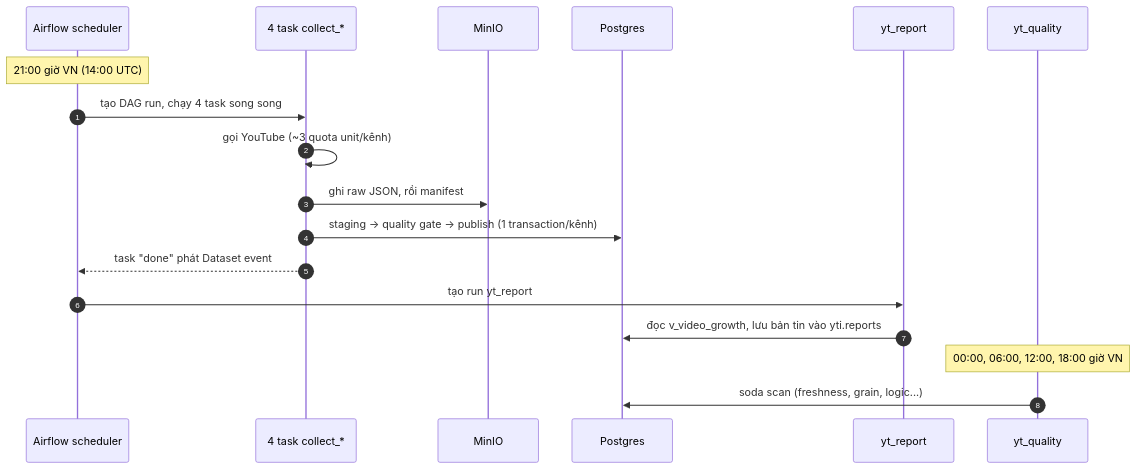
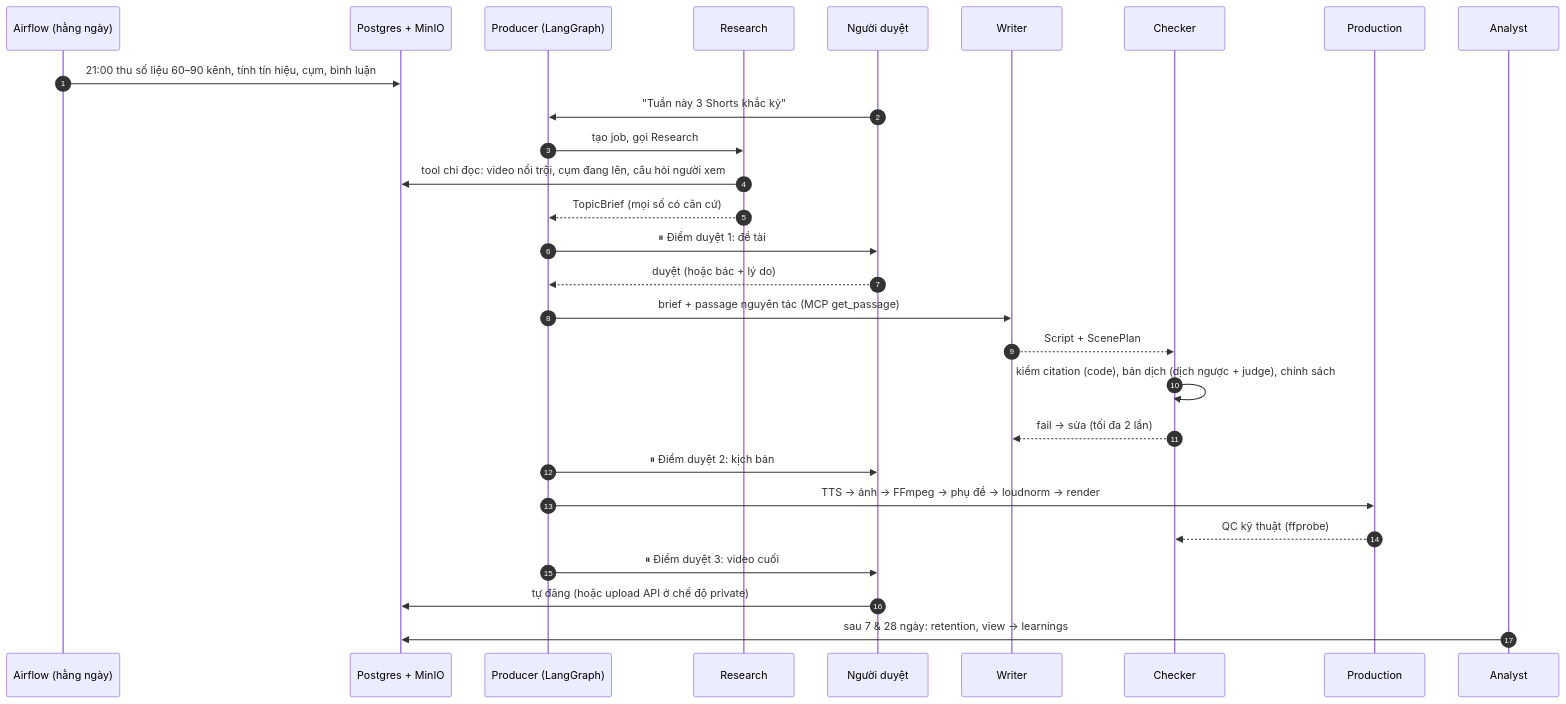
The second of 2 diagrams in learning.md (dt-thanh/YT_ELT), drawn with Mermaid before and after one commit. The commit also changed other lines of this file and 2 other files, not shown here.

````diff
--- a/learning.md
+++ b/learning.md
@@ -194,21 +195,30 @@
 ```mermaid
 sequenceDiagram
     autonumber
-    participant S as Airflow scheduler
-    participant T as 4 task collect_*
-    participant M as MinIO
-    participant P as Postgres
-    participant R as yt_report
-    participant Q as yt_quality
-
-    Note over S: 21:00 giờ VN (14:00 UTC)
-    S->>T: tạo DAG run, chạy 4 task song song
-    T->>T: gọi YouTube (~3 quota unit/kênh)
-    T->>M: ghi raw JSON, rồi manifest
-    T->>P: staging → quality gate → publish (1 transaction/kênh)
-    T-->>S: task "done" phát Dataset event
-    S->>R: tạo run yt_report
-    R->>P: đọc v_video_growth, lưu bản tin vào yti.reports
-    Note over Q: 00:00, 06:00, 12:00, 18:00 giờ VN
-    Q->>P: soda scan (freshness, grain, logic...)
+    participant AF as Airflow (hằng ngày)
+    participant DB as Postgres + MinIO
+    participant P as Producer (LangGraph)
+    participant R as Research
+    participant H as Người duyệt
+    participant W as Writer
+    participant C as Checker
+    participant M as Production
+    participant A as Analyst
+    AF->>DB: 21:00 thu số liệu 60–90 kênh, tính tín hiệu, cụm, bình luận
+    H->>P: "Tuần này 3 Shorts khắc kỷ"
+    P->>R: tạo job, gọi Research
+    R->>DB: tool chỉ đọc: video nổi trội, cụm đang lên, câu hỏi người xem
+    R-->>P: TopicBrief (mọi số có căn cứ)
+    P->>H: ⏸ Điểm duyệt 1: đề tài
+    H-->>P: duyệt (hoặc bác + lý do)
+    P->>W: brief + passage nguyên tác (MCP get_passage)
+    W-->>C: Script + ScenePlan
+    C->>C: kiểm citation (code), bản dịch (dịch ngược + judge), chính sách
+    C-->>W: fail → sửa (tối đa 2 lần)
+    P->>H: ⏸ Điểm duyệt 2: kịch bản
+    P->>M: TTS → ảnh → FFmpeg → phụ đề → loudnorm → render
+    M-->>C: QC kỹ thuật (ffprobe)
+    P->>H: ⏸ Điểm duyệt 3: video cuối
+    H->>DB: tự đăng (hoặc upload API ở chế độ private)
+    A->>DB: sau 7 & 28 ngày: retention, view → learnings
 ```
````
